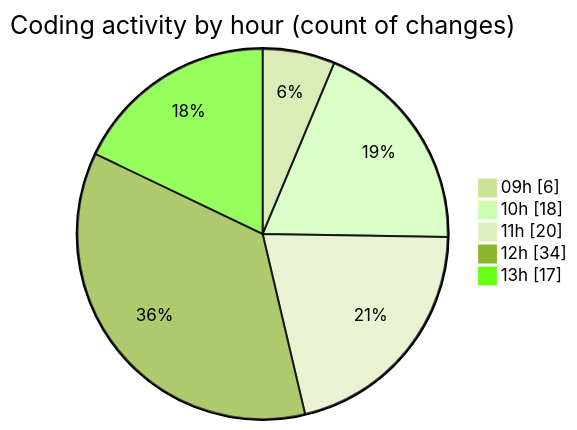
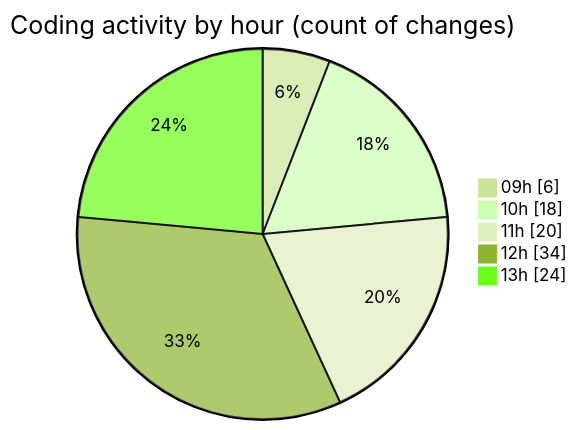
One commit to momahboobian/code-tracking changed the second of 2 diagrams in 2025-06-20/cda/README.md. Above: the diagram before and after it, drawn with Mermaid (forest theme). The commit also changed other lines of this file and 1 other file, not shown here.

````diff
--- a/2025-06-20/cda/README.md
+++ b/2025-06-20/cda/README.md
@@ -50,9 +50,9 @@
 ```mermaid
 pie showData
 title Coding activity by hour (count of changes)
 "09h" : 6
 "10h" : 18
 "11h" : 20
 "12h" : 34
-"13h" : 17
+"13h" : 24
 ```
````
